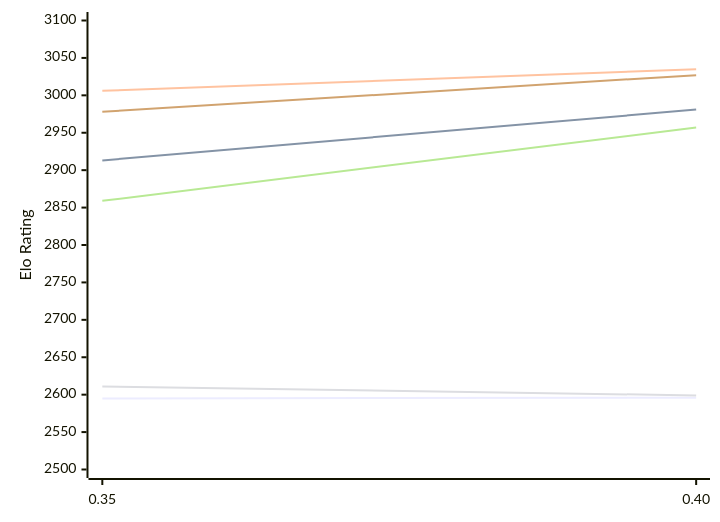
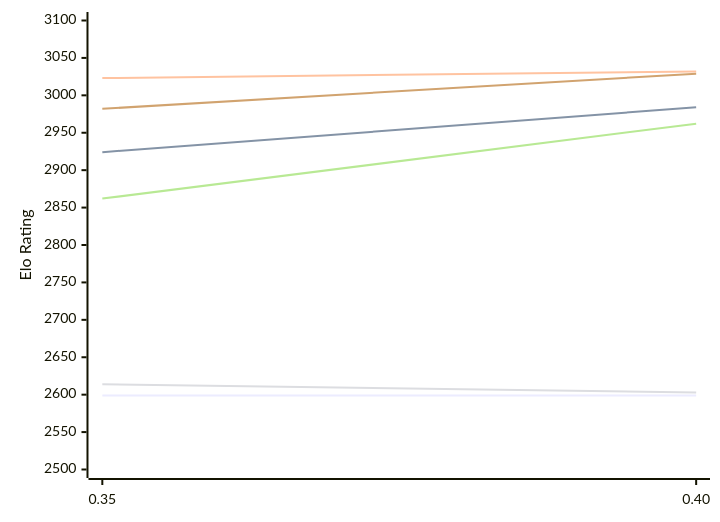
Before and after one commit to computer-chess-index/cci: the first of 2 diagrams in engines/Gecko.md, drawn with Mermaid. The commit also changed other lines of this file, not shown here.

Commit message:
Update CCI Ratings (ELO VLTC) - 2026-11-24

````diff
--- a/engines/Gecko.md
+++ b/engines/Gecko.md
@@ -54,12 +54,12 @@
 ```mermaid
 %%{init: {"theme":"base","themeVariables":{"seriesColors:['#a3a3a3','#222221','#faa371']}}}%%
 xychart-beta
   x-axis ["0.35", "0.40"]
   y-axis "Elo Rating" 2500 --> 3100
-  line "E1: STC (8.0+0.08s)" [2595, 2596]
-  line "E1: LTC (60.0+0.60s)" [2913, 2981]
-  line "E1: VLTC (2m24s+1.12s)" [3006, 3035]
-  line "P1: STC (8.0+0.08s)" [2611, 2599]
-  line "P1: LTC (60.0+0.60s)" [2859, 2957]
-  line "P1: VLTC (2m24s+1.12s)" [2978, 3027]
+  line "E1: STC (8.0+0.08s)" [2599, 2599]
+  line "E1: LTC (60.0+0.60s)" [2924, 2984]
+  line "E1: VLTC (2m24s+1.12s)" [3023, 3032]
+  line "P1: STC (8.0+0.08s)" [2614, 2603]
+  line "P1: LTC (60.0+0.60s)" [2862, 2962]
+  line "P1: VLTC (2m24s+1.12s)" [2982, 3029]
 ```
````
